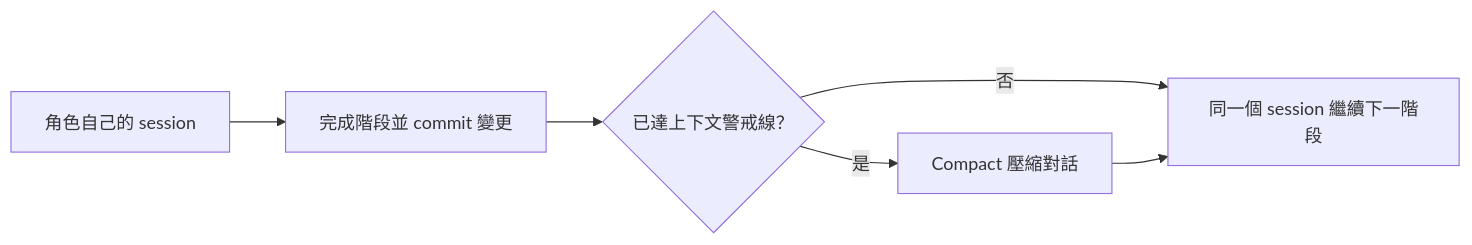
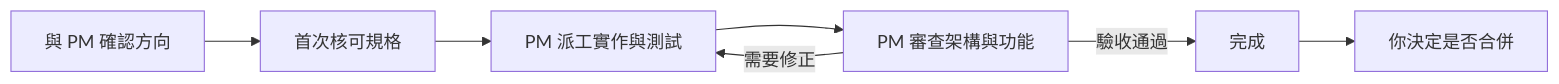
One commit to AquilaWei/harnessboard changed the diagram in README.zh-TW.md. Above: the diagram before and after it, drawn with Mermaid. The commit also changed other lines of this file and 52 other files, not shown here.

````diff
--- a/README.zh-TW.md
+++ b/README.zh-TW.md
@@ -172,8 +153,9 @@
 ```mermaid
 flowchart LR
-  S1[角色自己的 session] --> H[完成階段並 commit 變更]
-  H --> W{已達上下文警戒線？}
-  W -->|是| C[Compact 壓縮對話]
-  W -->|否| S2
-  C --> S2[同一個 session 繼續下一階段]
+  U[與 PM 確認方向] --> A[首次核可規格]
+  A --> W[PM 派工實作與測試]
+  W --> R[PM 審查架構與功能]
+  R -->|需要修正| W
+  R -->|驗收通過| D[完成]
+  D --> M[你決定是否合併]
 ```
````
